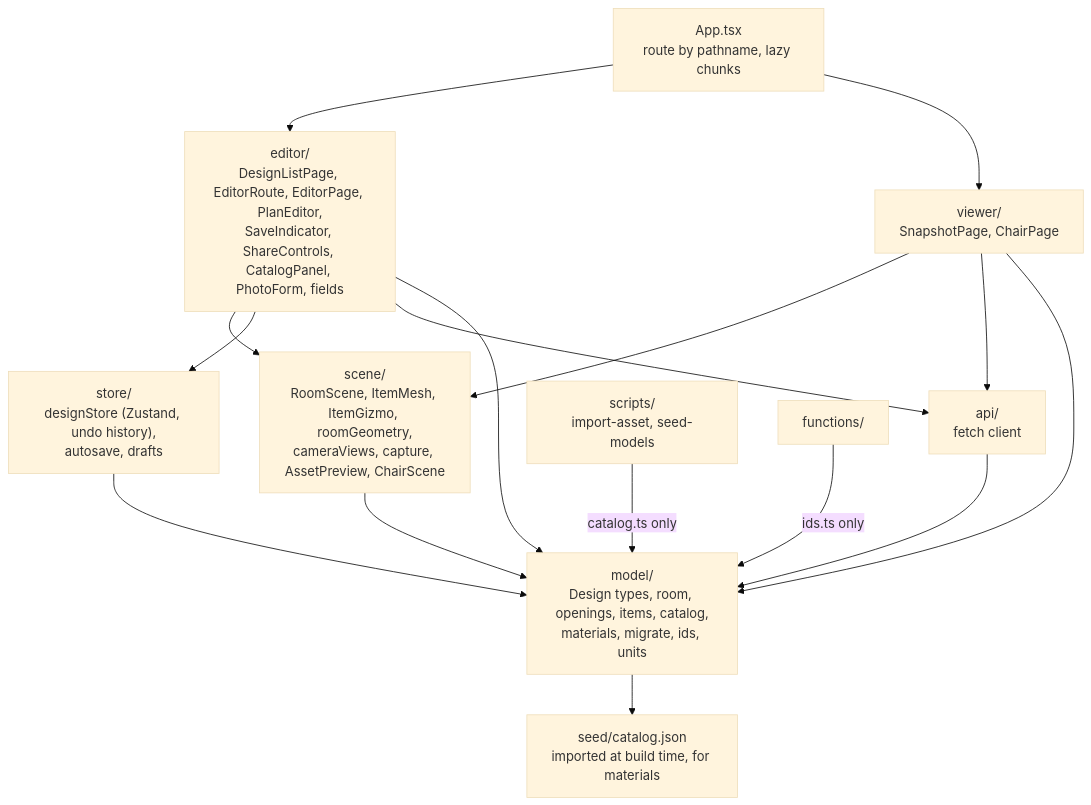
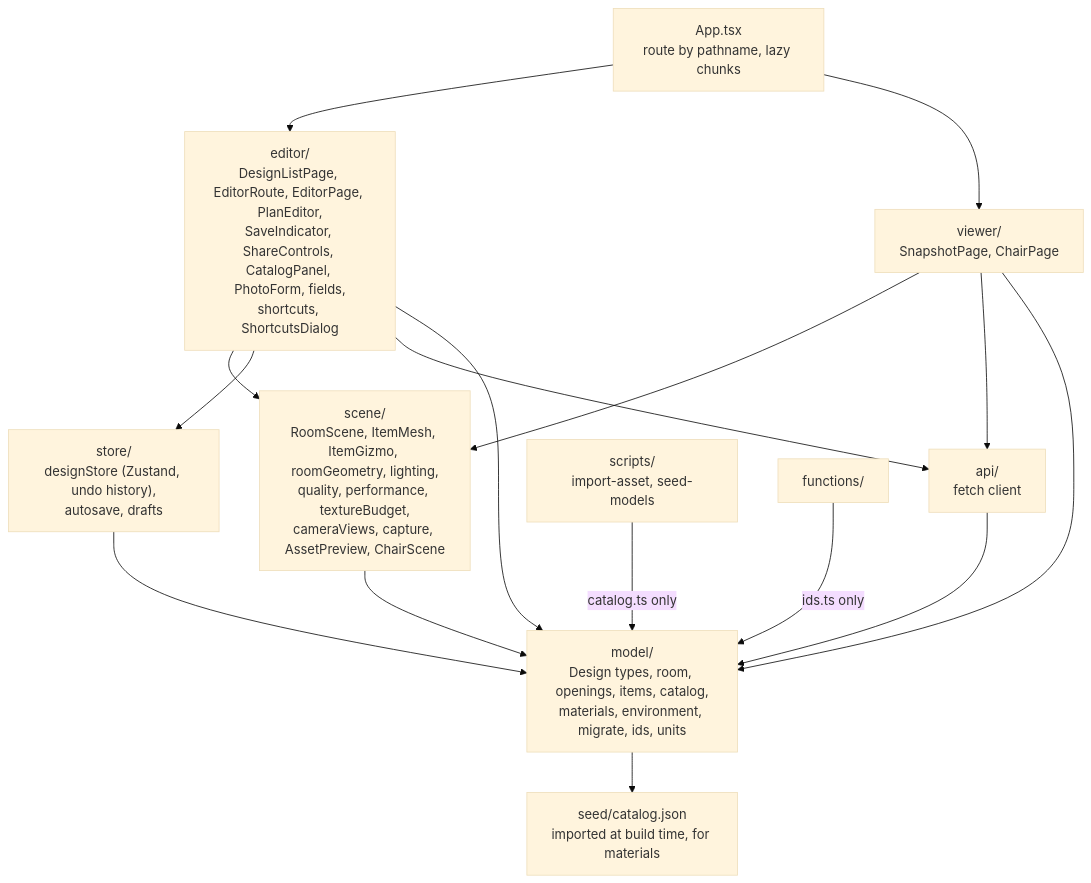
The second of 7 diagrams in docs/SYSTEM_DESIGN.md (davidopluslau/whimsy-forge), drawn with Mermaid (base theme) before and after one commit. The commit also changed other lines of this file and 40 other files, not shown here.

First line of the commit message:
M7: Polish - lighting, phone budget, keyboard and accessibility (#12)

````diff
--- a/docs/SYSTEM_DESIGN.md
+++ b/docs/SYSTEM_DESIGN.md
@@ -107,29 +108,29 @@
 ```mermaid
 flowchart TD
     app["App.tsx<br/>route by pathname, lazy chunks"]
-    editor["editor/<br/>DesignListPage, EditorRoute, EditorPage, PlanEditor,<br/>SaveIndicator, ShareControls, CatalogPanel, PhotoForm, fields"]
+    editor["editor/<br/>DesignListPage, EditorRoute, EditorPage, PlanEditor,<br/>SaveIndicator, ShareControls, CatalogPanel, PhotoForm, fields,<br/>shortcuts, ShortcutsDialog"]
     viewer["viewer/<br/>SnapshotPage, ChairPage"]
-    scene["scene/<br/>RoomScene, ItemMesh, ItemGizmo, roomGeometry,<br/>cameraViews, capture, AssetPreview, ChairScene"]
+    scene["scene/<br/>RoomScene, ItemMesh, ItemGizmo, roomGeometry, lighting,<br/>quality, performance, textureBudget,<br/>cameraViews, capture, AssetPreview, ChairScene"]
     store["store/<br/>designStore (Zustand, undo history),<br/>autosave, drafts"]
     api["api/<br/>fetch client"]
-    model["model/<br/>Design types, room, openings, items, catalog,<br/>materials, migrate, ids, units"]
+    model["model/<br/>Design types, room, openings, items, catalog,<br/>materials, environment, migrate, ids, units"]
     materials["seed/catalog.json<br/>imported at build time, for materials"]
     scripts["scripts/<br/>import-asset, seed-models"]
     fns["functions/"]
 
     app --> editor
     app --> viewer
     editor --> scene
     editor --> store
     editor --> api
     editor --> model
     viewer --> scene
     viewer --> api
     viewer --> model
     scene --> model
     store --> model
     api --> model
     model --> materials
     fns -->|"ids.ts only"| model
     scripts -->|"catalog.ts only"| model
 ```
````
